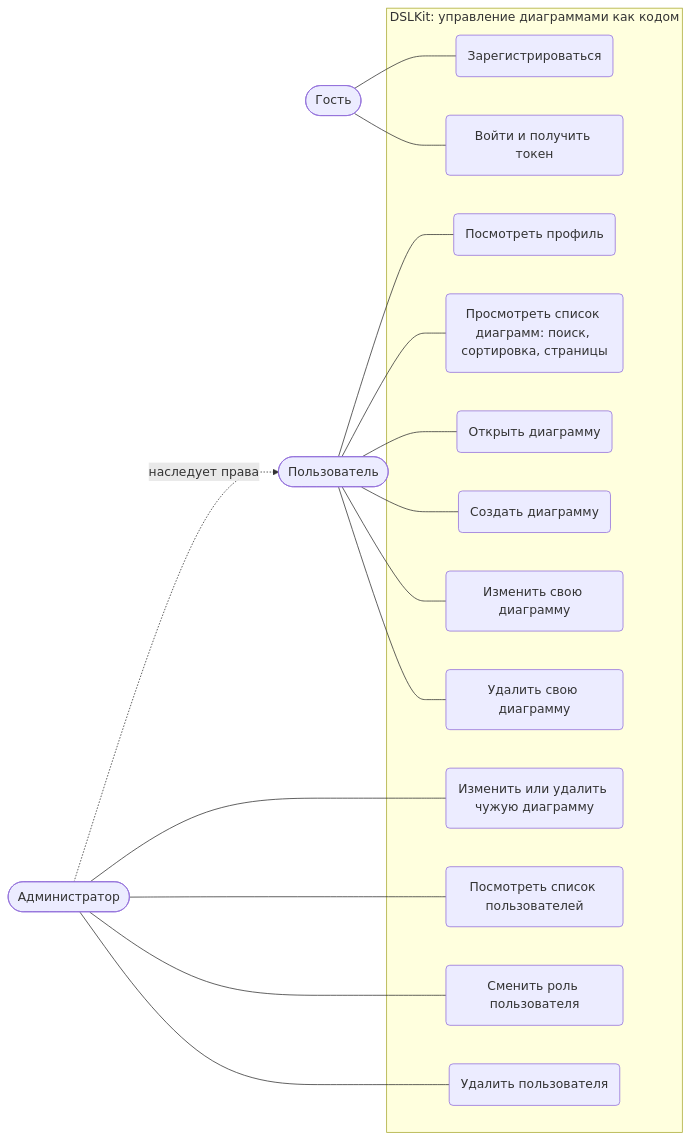
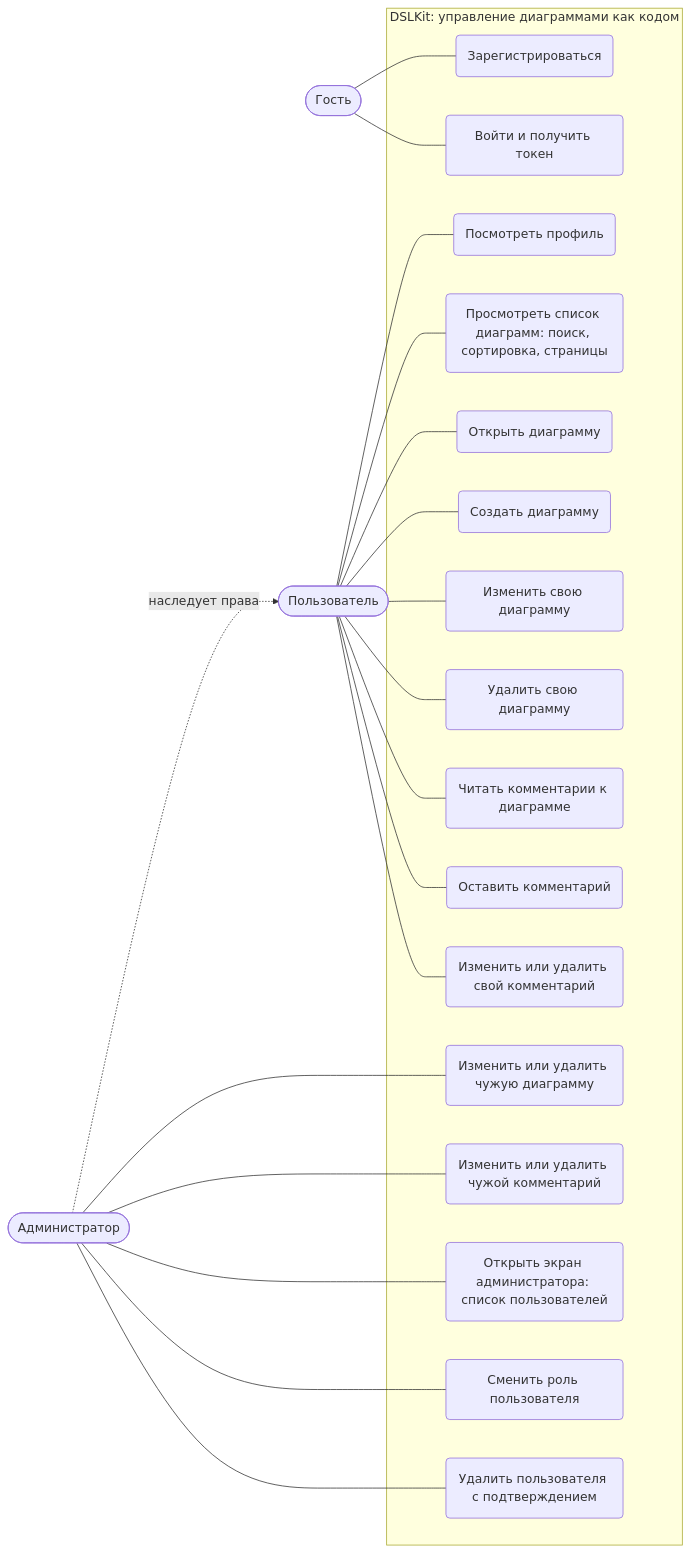
One commit to KsushaKhadzhinova/DSLKit-Project changed the first of 4 diagrams in course-project/note.md. Above: the diagram before and after it, drawn with Mermaid. The commit also changed other lines of this file and 5 other files, not shown here.

Commit message:
docs(course): note and diagrams for comments, React Router and the admin screen

````diff
--- a/course-project/note.md
+++ b/course-project/note.md
@@ -766,33 +906,41 @@
 ```mermaid
 flowchart LR
   guest(["Гость"])
   user(["Пользователь"])
   admin(["Администратор"])
   subgraph sys ["DSLKit: управление диаграммами как кодом"]
     uc1("Зарегистрироваться")
     uc2("Войти и получить токен")
     uc3("Посмотреть профиль")
     uc4("Просмотреть список диаграмм: поиск, сортировка, страницы")
     uc5("Открыть диаграмму")
     uc6("Создать диаграмму")
     uc7("Изменить свою диаграмму")
     uc8("Удалить свою диаграмму")
+    uc13("Читать комментарии к диаграмме")
+    uc14("Оставить комментарий")
+    uc15("Изменить или удалить свой комментарий")
     uc9("Изменить или удалить чужую диаграмму")
-    uc10("Посмотреть список пользователей")
+    uc16("Изменить или удалить чужой комментарий")
+    uc10("Открыть экран администратора: список пользователей")
     uc11("Сменить роль пользователя")
-    uc12("Удалить пользователя")
+    uc12("Удалить пользователя с подтверждением")
   end
   guest --- uc1
   guest --- uc2
   user --- uc3
   user --- uc4
   user --- uc5
   user --- uc6
   user --- uc7
   user --- uc8
+  user --- uc13
+  user --- uc14
+  user --- uc15
   admin --- uc9
+  admin --- uc16
   admin --- uc10
   admin --- uc11
   admin --- uc12
   admin -. "наследует права" .-> user
 ```
````
